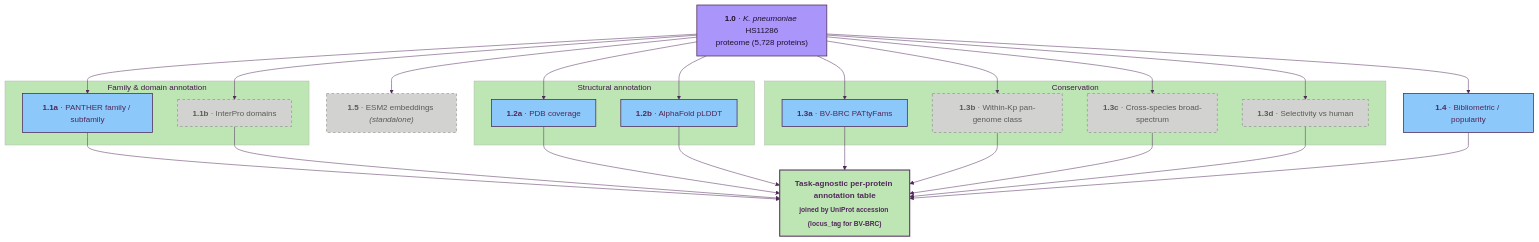
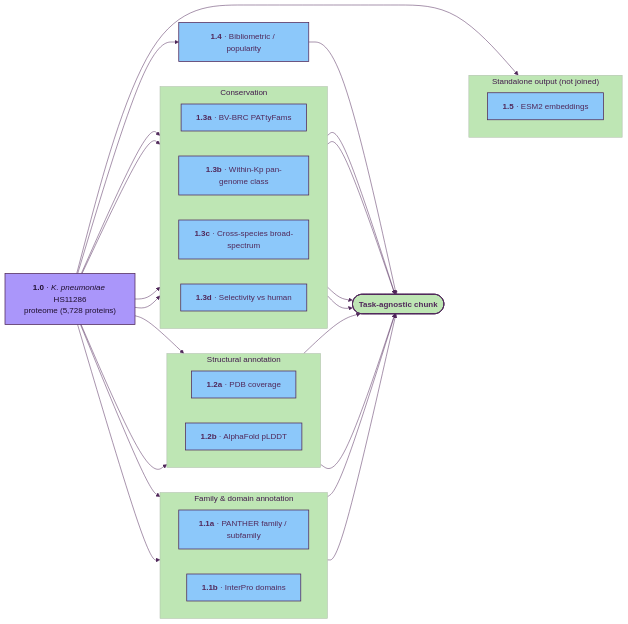
The diagram in docs/01_task_agnostic.md (ersilia-os/gradi-target-prioritization), drawn with Mermaid before and after one commit. The commit also changed other lines of this file and 4 other files, not shown here.

Commit message:
diagramming

````diff
--- a/docs/01_task_agnostic.md
+++ b/docs/01_task_agnostic.md
@@ -18,52 +18,60 @@
 ```mermaid
 %%{init: {'theme':'base','themeVariables':{'primaryColor':'#FAD782','primaryBorderColor':'#50285A','primaryTextColor':'#50285A','lineColor':'#50285A','secondaryColor':'#8CC8FA','tertiaryColor':'#BEE6B4','fontFamily':'Inter, system-ui, sans-serif'}}}%%
-flowchart TD
+flowchart LR
     classDef source    fill:#AA96FA,stroke:#50285A,stroke-width:1.5px,color:#1F0F2E
     classDef dataset   fill:#FAD782,stroke:#50285A,stroke-width:1.5px,color:#50285A
     classDef method    fill:#8CC8FA,stroke:#50285A,stroke-width:1.5px,color:#50285A
     classDef result    fill:#BEE6B4,stroke:#50285A,stroke-width:2px,color:#50285A,font-weight:bold
     classDef tagnostic fill:#DCA0DC,stroke:#50285A,stroke-width:1.5px,color:#50285A
     classDef stub      fill:#FAA08C,stroke:#50285A,stroke-width:1.5px,stroke-dasharray:6 3,color:#50285A
     classDef planned   fill:#D2D2D0,stroke:#7A7A78,stroke-width:1px,stroke-dasharray:5 5,color:#5A5A58
 
     SRC["<b>1.0</b> · <i>K. pneumoniae</i> HS11286<br/>proteome (5,728 proteins)"]:::source
 
     subgraph FAMDOM [" Family &amp; domain annotation "]
+        direction LR
         PAN["<b>1.1a</b> · PANTHER family / subfamily"]:::method
-        INT["<b>1.1b</b> · InterPro domains"]:::planned
+        INT["<b>1.1b</b> · InterPro domains"]:::method
     end
     SRC --> PAN
     SRC --> INT
 
     subgraph STRUC [" Structural annotation "]
+        direction LR
         PDB["<b>1.2a</b> · PDB coverage"]:::method
         AF["<b>1.2b</b> · AlphaFold pLDDT"]:::method
     end
     SRC --> PDB
     SRC --> AF
 
     subgraph CONSERVE [" Conservation "]
+        direction LR
         CONS_IDS["<b>1.3a</b> · BV-BRC PATtyFams"]:::method
-        CONS_KP["<b>1.3b</b> · Within-Kp pan-genome class"]:::planned
-        CONS_XS["<b>1.3c</b> · Cross-species broad-spectrum"]:::planned
-        CONS_SEL["<b>1.3d</b> · Selectivity vs human"]:::planned
+        CONS_KP["<b>1.3b</b> · Within-Kp pan-genome class"]:::method
+        CONS_XS["<b>1.3c</b> · Cross-species broad-spectrum"]:::method
+        CONS_SEL["<b>1.3d</b> · Selectivity vs human"]:::method
     end
     SRC --> CONS_IDS
     SRC --> CONS_KP
     SRC --> CONS_XS
     SRC --> CONS_SEL
 
     SRC --> POP["<b>1.4</b> · Bibliometric / popularity"]:::method
 
-    SRC --> ESM2["<b>1.5</b> · ESM2 embeddings <i>(standalone)</i>"]:::planned
-
-    PAN  --> T["Task-agnostic per-protein annotation table<br/><sub>joined by UniProt accession (locus_tag for BV-BRC)</sub>"]:::result
+    PAN  --> T(["Task-agnostic chunk"]):::result
     INT  --> T
     PDB  --> T
     AF   --> T
     CONS_IDS --> T
     CONS_KP  --> T
     CONS_XS  --> T
     CONS_SEL --> T
     POP  --> T
+
+    subgraph STANDALONE [" Standalone output (not joined) "]
+        direction LR
+        ESM2["<b>1.5</b> · ESM2 embeddings"]:::method
+    end
+    SRC --> ESM2
+    T ~~~ ESM2
 ```
````
